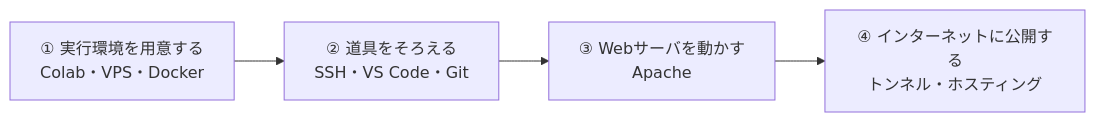
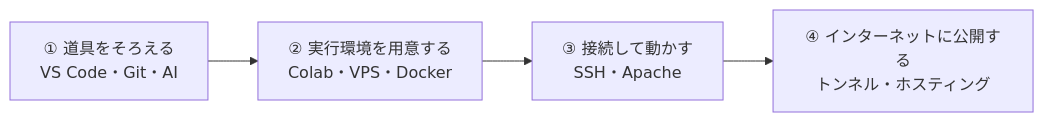
The first of 21 diagrams in courses/開発環境.md (yusukem99/thesis), drawn with Mermaid before and after one commit. The commit also changed other lines of this file, not shown here.

````diff
--- a/courses/開発環境.md
+++ b/courses/開発環境.md
@@ -9,6 +9,6 @@
 ```mermaid
 flowchart LR
-    A["① 実行環境を用意する<br/>Colab・VPS・Docker"] --> B["② 道具をそろえる<br/>SSH・VS Code・Git"]
-    B --> C["③ Webサーバを動かす<br/>Apache"]
+    A["① 道具をそろえる<br/>VS Code・Git・AI"] --> B["② 実行環境を用意する<br/>Colab・VPS・Docker"]
+    B --> C["③ 接続して動かす<br/>SSH・Apache"]
     C --> D["④ インターネットに公開する<br/>トンネル・ホスティング"]
 ```
````
